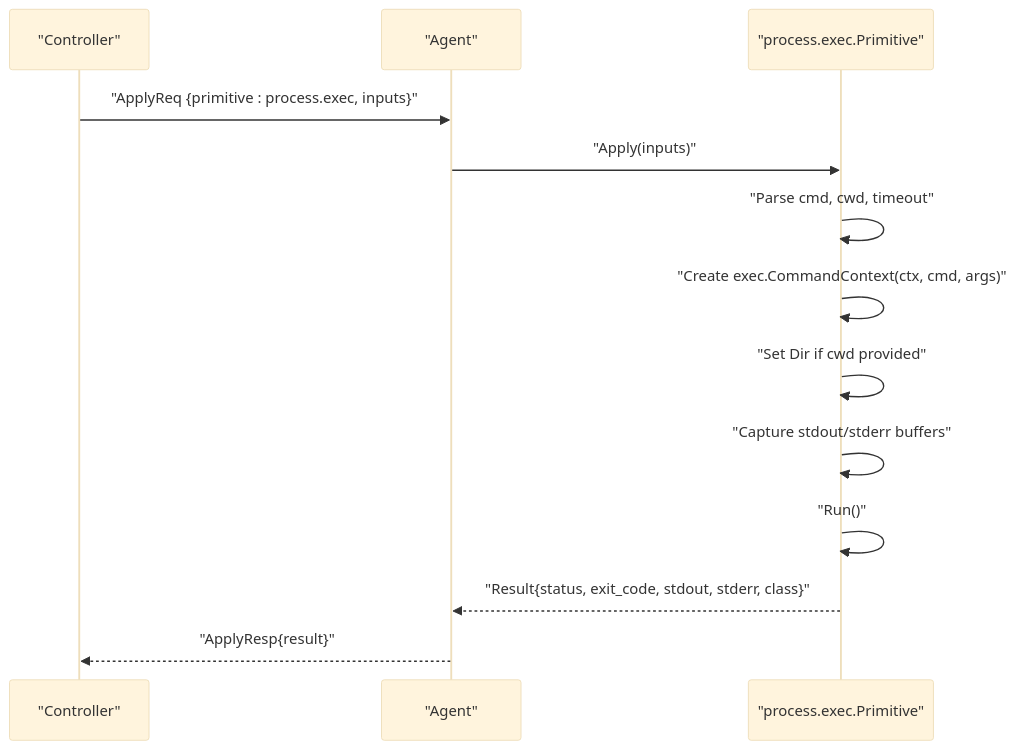
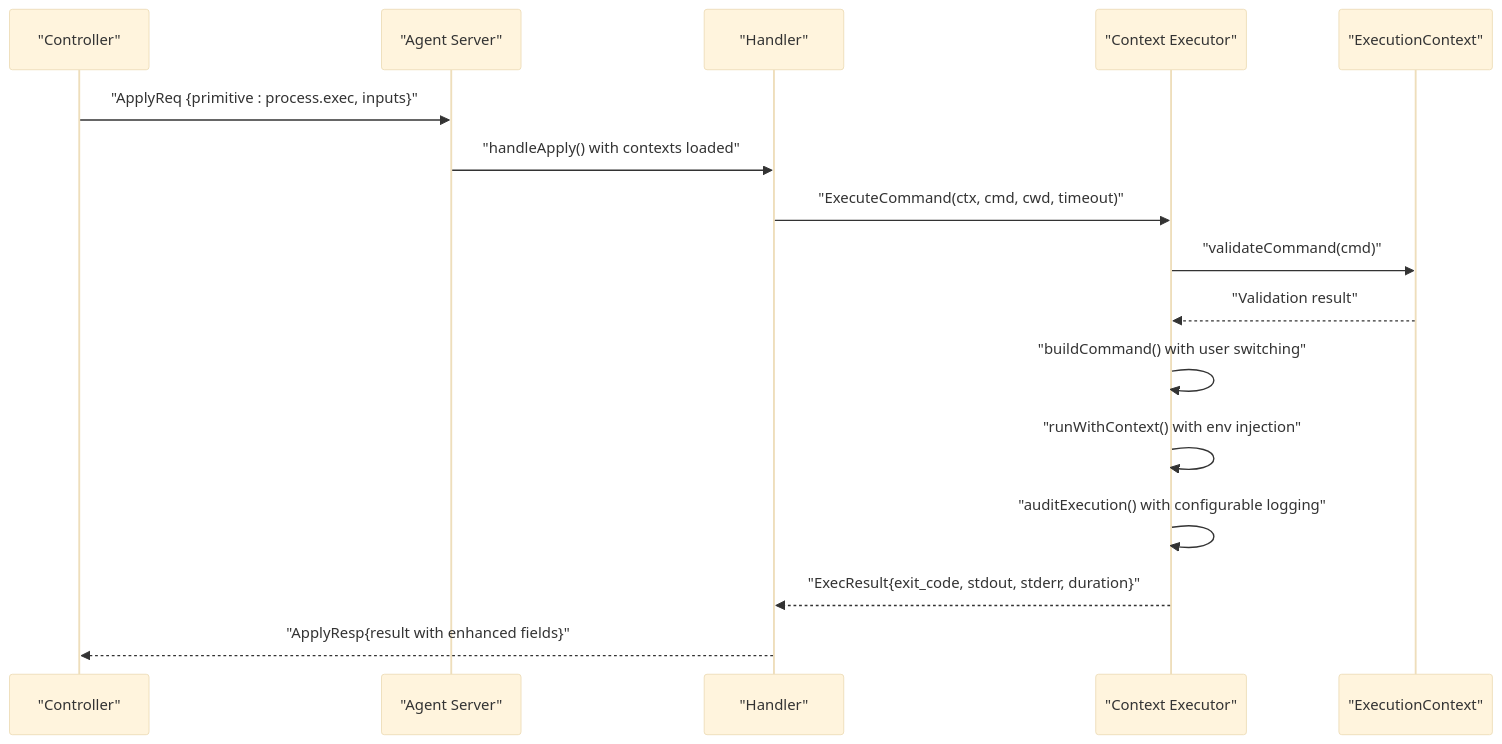
Before and after one commit to ahmednour1430464/dotdevops: the second of 5 diagrams in .qoder/repowiki/en/content/Primitive Operations/Process Execution Primitive.md, drawn with Mermaid (base theme). The commit also changed other lines of this file and 12 other files, not shown here.

````diff
--- a/.qoder/repowiki/en/content/Primitive Operations/Process Execution Primitive.md
+++ b/.qoder/repowiki/en/content/Primitive Operations/Process Execution Primitive.md
@@ -88,15 +128,18 @@
 ```mermaid
 sequenceDiagram
 participant C as "Controller"
-participant A as "Agent"
-participant P as "process.exec.Primitive"
-C->>A : "ApplyReq {primitive : process.exec, inputs}"
-A->>P : "Apply(inputs)"
-P->>P : "Parse cmd, cwd, timeout"
-P->>P : "Create exec.CommandContext(ctx, cmd, args)"
-P->>P : "Set Dir if cwd provided"
-P->>P : "Capture stdout/stderr buffers"
-P->>P : "Run()"
-P-->>A : "Result{status, exit_code, stdout, stderr, class}"
-A-->>C : "ApplyResp{result}"
+participant S as "Agent Server"
+participant H as "Handler"
+participant E as "Context Executor"
+participant X as "ExecutionContext"
+C->>S : "ApplyReq {primitive : process.exec, inputs}"
+S->>H : "handleApply() with contexts loaded"
+H->>E : "ExecuteCommand(ctx, cmd, cwd, timeout)"
+E->>X : "validateCommand(cmd)"
+X-->>E : "Validation result"
+E->>E : "buildCommand() with user switching"
+E->>E : "runWithContext() with env injection"
+E->>E : "auditExecution() with configurable logging"
+E-->>H : "ExecResult{exit_code, stdout, stderr, duration}"
+H-->>C : "ApplyResp{result with enhanced fields}"
 ```
````
